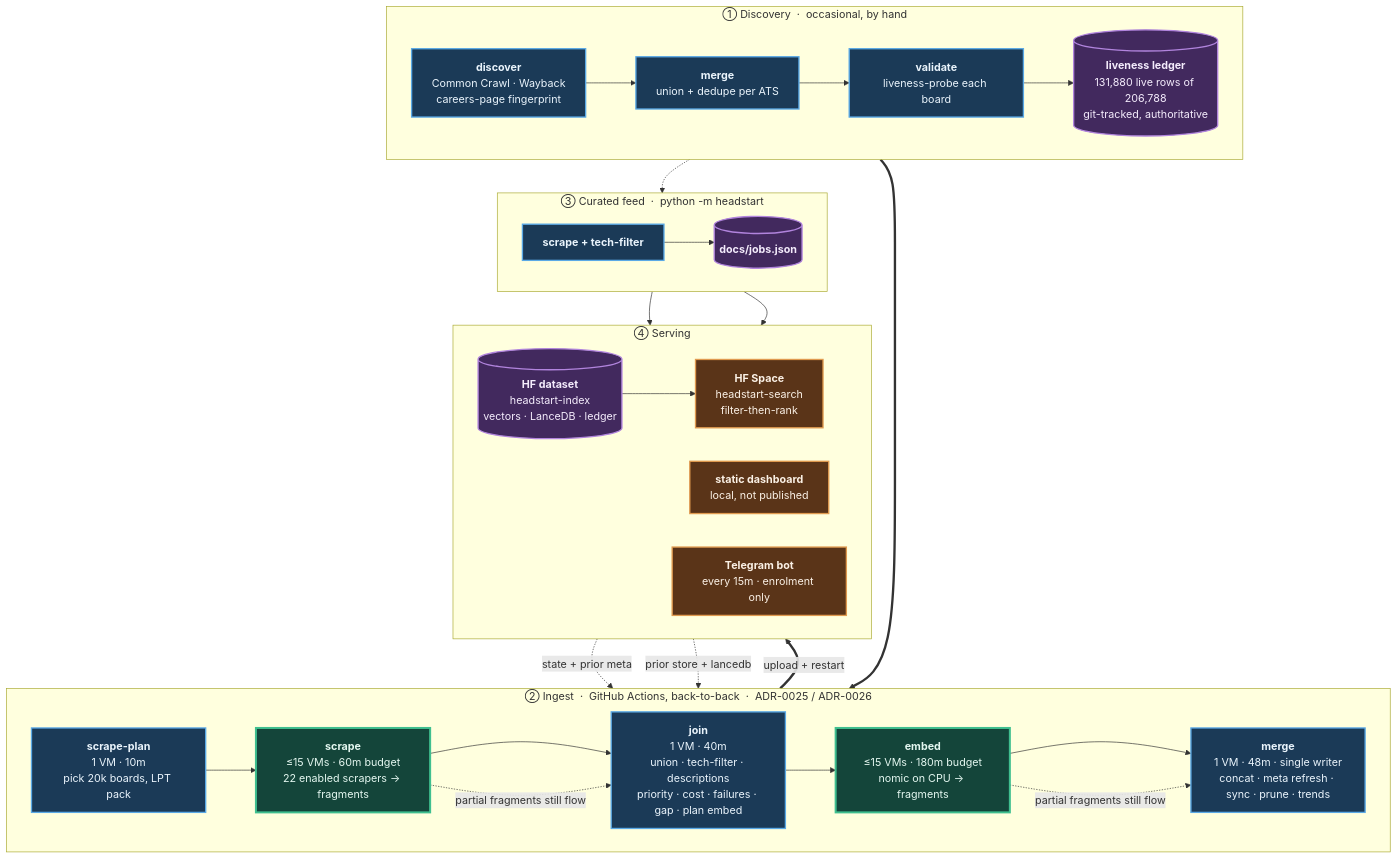
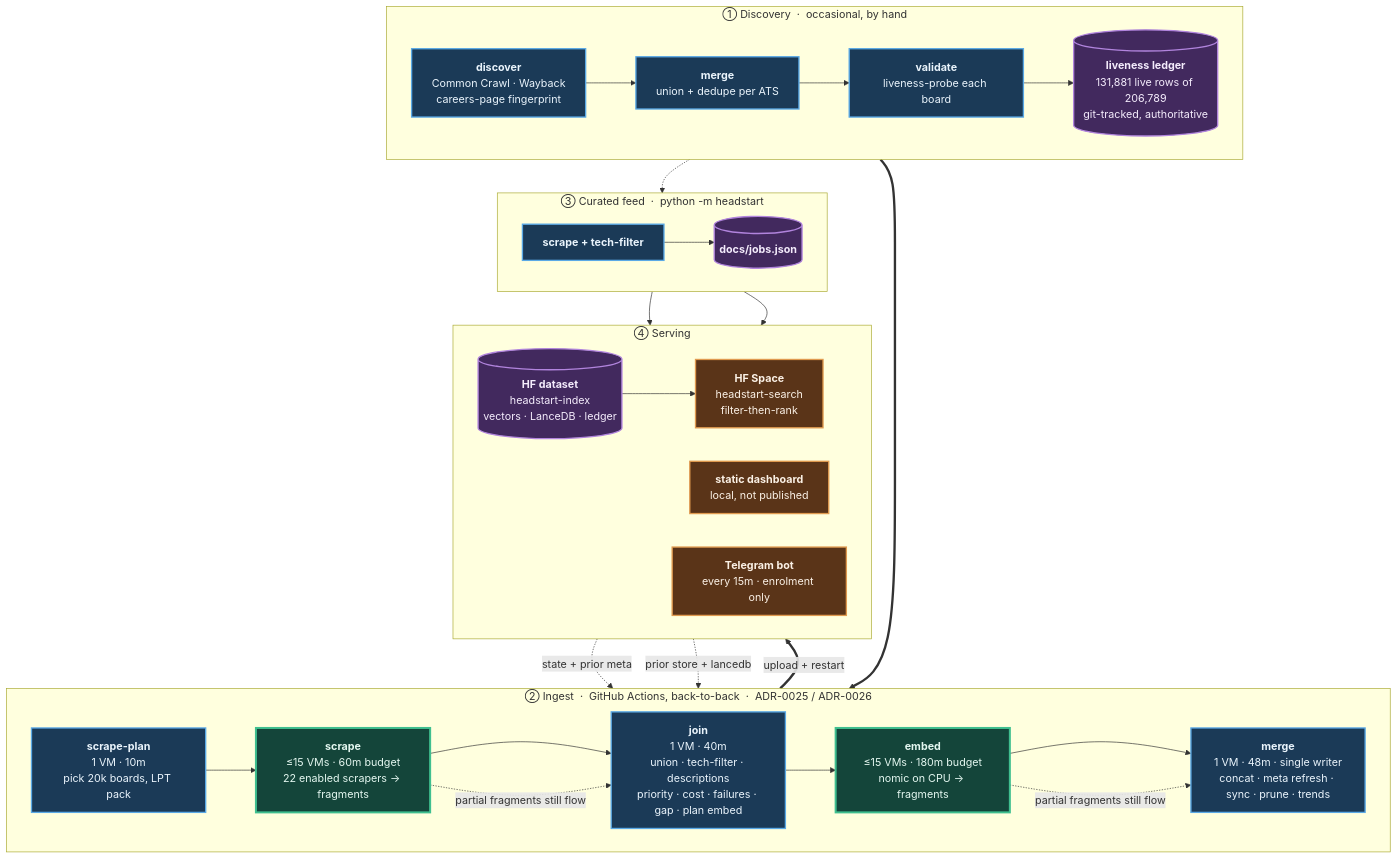
Before and after one commit to sarthakjain004/headstart: the diagram in README.md, drawn with Mermaid. The commit also changed other lines of this file and 8 other files, not shown here.

````diff
--- a/README.md
+++ b/README.md
@@ -84,56 +84,56 @@
 ```mermaid
 flowchart TB
     subgraph D["① Discovery &nbsp;·&nbsp; occasional, by hand"]
         direction LR
         D1["<b>discover</b><br/>Common Crawl · Wayback<br/>careers-page fingerprint"]
         D2["<b>merge</b><br/>union + dedupe per ATS"]
         D3["<b>validate</b><br/>liveness-probe each board"]
-        D4[("<b>liveness ledger</b><br/>131,880 live rows of 206,788<br/>git-tracked, authoritative")]
+        D4[("<b>liveness ledger</b><br/>131,881 live rows of 206,789<br/>git-tracked, authoritative")]
         D1 --> D2 --> D3 --> D4
     end
 
     subgraph P["② Ingest &nbsp;·&nbsp; GitHub Actions, back-to-back &nbsp;·&nbsp; ADR-0025 / ADR-0026"]
         direction LR
         P1["<b>scrape-plan</b><br/>1 VM · 10m<br/>pick 20k boards, LPT pack"]
         P2["<b>scrape</b><br/>≤15 VMs · 60m budget<br/>22 enabled scrapers → fragments"]
         P3["<b>join</b><br/>1 VM · 40m<br/>union · tech-filter · descriptions<br/>priority · cost · failures · gap · plan embed"]
         P4["<b>embed</b><br/>≤15 VMs · 180m budget<br/>nomic on CPU → fragments"]
         P5["<b>merge</b><br/>1 VM · 48m · single writer<br/>concat · meta refresh · sync · prune · trends"]
         P1 --> P2 --> P3 --> P4 --> P5
     end
 
     subgraph F["③ Curated feed &nbsp;·&nbsp; python -m headstart"]
         direction LR
         F1["<b>scrape + tech-filter</b>"]
         F2[("<b>docs/jobs.json</b>")]
         F1 --> F2
     end
 
     subgraph S["④ Serving"]
         direction LR
         S1[("<b>HF dataset</b><br/>headstart-index<br/>vectors · LanceDB · ledger")]
         S2["<b>HF Space</b><br/>headstart-search<br/>filter-then-rank"]
         S3["<b>static dashboard</b><br/>local, not published"]
         S4["<b>Telegram bot</b><br/>every 15m · enrolment only"]
         S1 --> S2
     end
 
     D4 ==> P1
     S1 -. "state + prior meta" .-> P1
     S1 -. "prior store + lancedb" .-> P5
     D4 -.-> F1
     P5 ==>|"upload + restart"| S1
     F2 --> S3
     F2 --> S4
     P2 -. "partial fragments still flow" .-> P3
     P4 -. "partial fragments still flow" .-> P5
 
     classDef serial fill:#1b3a57,stroke:#5aa9e6,stroke-width:2px,color:#eaf4fc
     classDef fan fill:#14453a,stroke:#3fbf8f,stroke-width:3px,color:#e4f7f0
     classDef store fill:#42295e,stroke:#b184dd,stroke-width:2px,color:#f4ecfc
     classDef serve fill:#5a3418,stroke:#e09a4f,stroke-width:2px,color:#fbf1e6
     class D1,D2,D3,P1,P3,P5,F1 serial
     class P2,P4 fan
     class D4,F2,S1 store
     class S2,S3,S4 serve
 ```
````
